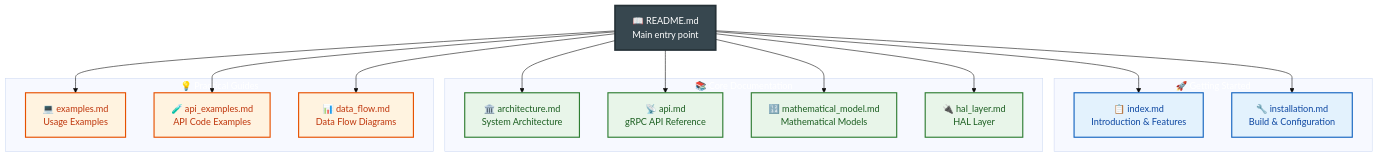
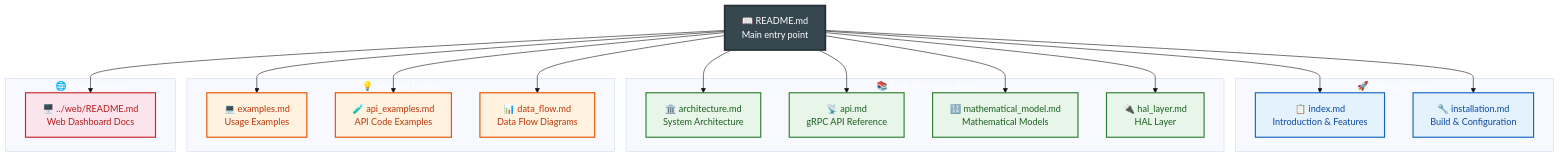
One commit to pielaszkiewicz-jacek/astro_mount_control changed the diagram in docs/en/README.md. Above: the diagram before and after it, drawn with Mermaid (base theme). The commit also changed other lines of this file and 32 other files, not shown here.

````diff
--- a/docs/en/README.md
+++ b/docs/en/README.md
@@ -5,37 +5,43 @@
 ```mermaid
 flowchart TB
     classDef root fill:#37474f,stroke:#263238,stroke-width:3px,color:#ffffff
     classDef getting fill:#e3f2fd,stroke:#1565c0,stroke-width:2px,color:#0d47a1
     classDef coreDoc fill:#e8f5e9,stroke:#2e7d32,stroke-width:2px,color:#1b5e20
     classDef guide fill:#fff3e0,stroke:#e65100,stroke-width:2px,color:#bf360c
+    classDef web fill:#fce4ec,stroke:#c62828,stroke-width:2px,color:#b71c1c
 
     README["📖 README.md<br/>Main entry point"]:::root
     
     subgraph START["🚀 Getting Started"]
         INTRO["📋 index.md<br/>Introduction & Features"]:::getting
         INSTALL["🔧 installation.md<br/>Build & Configuration"]:::getting
     end
     
     subgraph CORE["📚 Core Documentation"]
         ARCH["🏛️ architecture.md<br/>System Architecture"]:::coreDoc
         API["📡 api.md<br/>gRPC API Reference"]:::coreDoc
         MATH["🔢 mathematical_model.md<br/>Mathematical Models"]:::coreDoc
         HAL["🔌 hal_layer.md<br/>HAL Layer"]:::coreDoc
     end
     
     subgraph GUIDES["💡 Practical Guides"]
         EX["💻 examples.md<br/>Usage Examples"]:::guide
         APIEX["🧪 api_examples.md<br/>API Code Examples"]:::guide
         FLOW["📊 data_flow.md<br/>Data Flow Diagrams"]:::guide
     end
     
+    subgraph WEB["🌐 Web Interface"]
+        WDASH["🖥️ ../web/README.md<br/>Web Dashboard Docs"]:::web
+    end
+
     README --> INTRO
     README --> INSTALL
     README --> ARCH
     README --> API
     README --> MATH
     README --> HAL
     README --> EX
     README --> APIEX
     README --> FLOW
+    README --> WDASH
 ```
````
